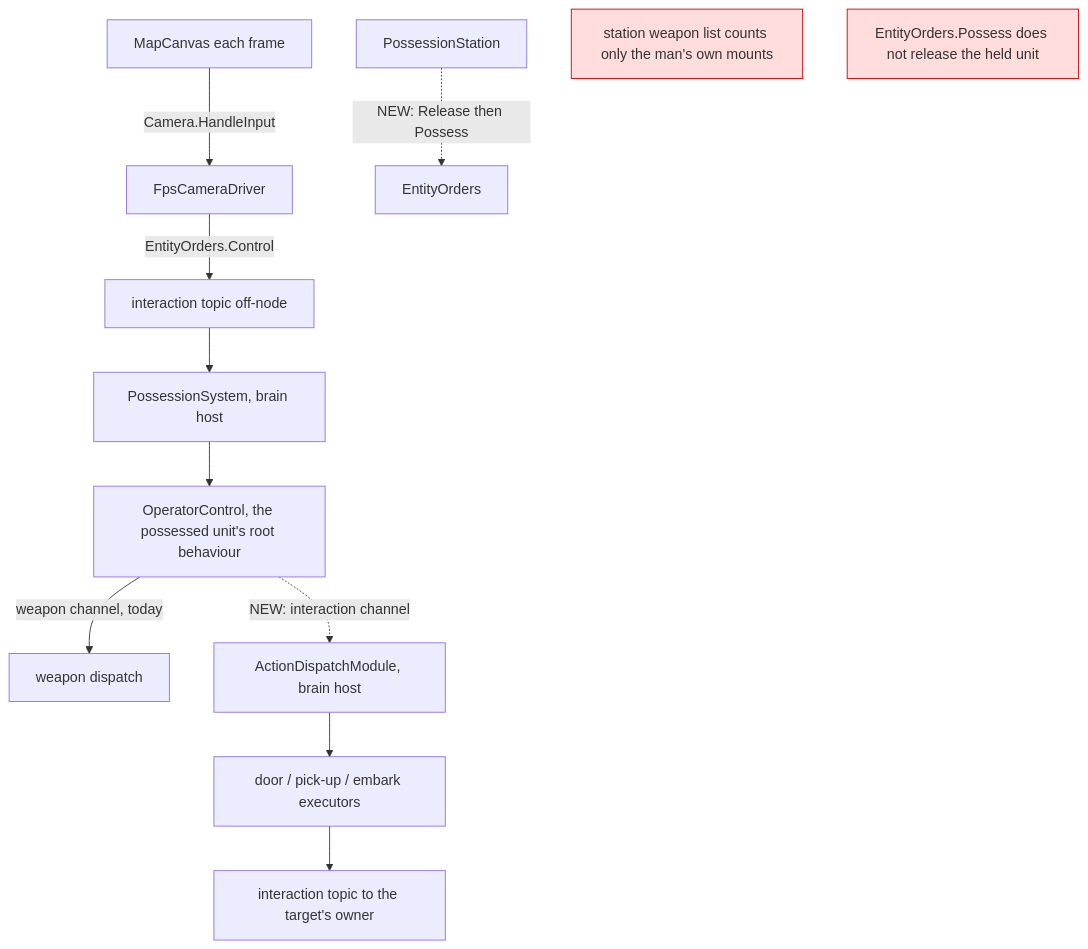
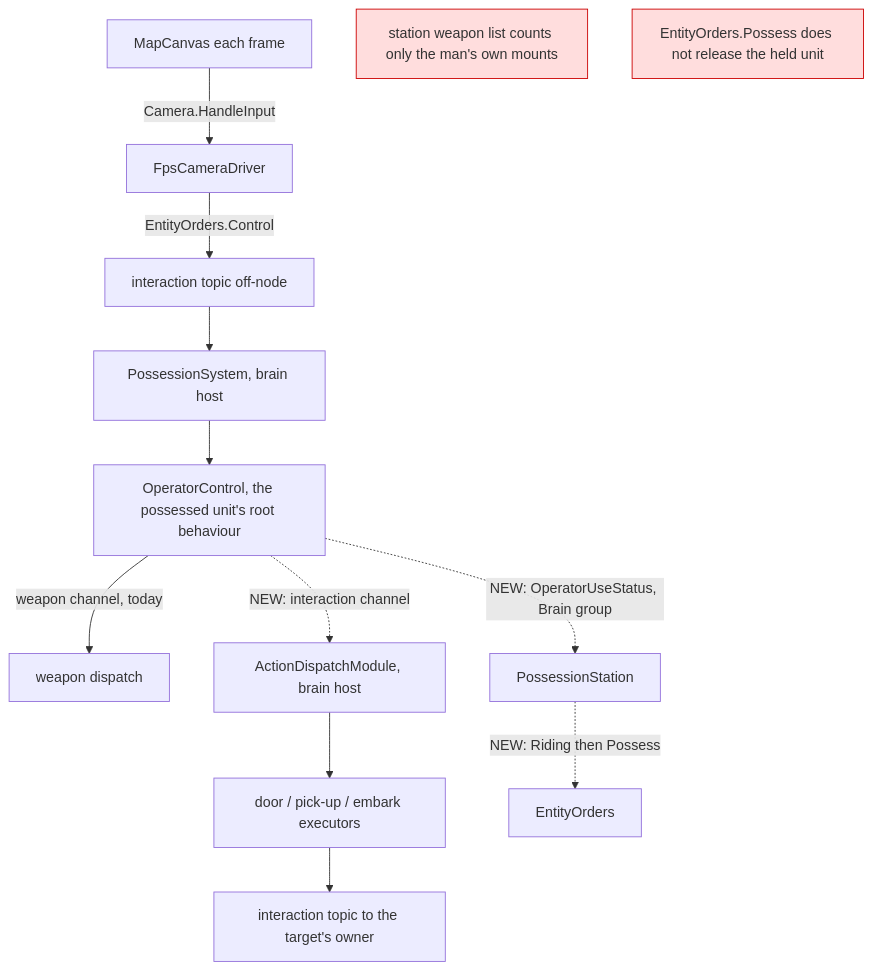
Diagram 27 of 32 in docs/DESIGN_Entity_Control.md (pjanec/HROT), drawn with Mermaid before and after one commit. The commit also changed other lines of this file and 1 other file, not shown here.

First line of the commit message:
ui: §8h use key READY TO BUILD — the brain's verdict back to the HUD (§8h.6), items CE-1151..CE-1158

````diff
--- a/docs/DESIGN_Entity_Control.md
+++ b/docs/DESIGN_Entity_Control.md
@@ -1035,15 +1046,16 @@
 ```mermaid
 graph TD
     CAN[MapCanvas each frame] -->|Camera.HandleInput| FPS[FpsCameraDriver]
     FPS -->|EntityOrders.Control| BUS[interaction topic off-node]
     BUS --> PS[PossessionSystem, brain host]
     PS --> OC[OperatorControl, the possessed unit's root behaviour]
     OC -->|weapon channel, today| WD[weapon dispatch]
     OC -.->|NEW: interaction channel| AD[ActionDispatchModule, brain host]
     AD --> EX[door / pick-up / embark executors]
     EX --> IT[interaction topic to the target's owner]
-    ST[PossessionStation] -.->|NEW: Release then Possess| EO[EntityOrders]
+    ST[PossessionStation] -.->|NEW: Riding then Possess| EO[EntityOrders]
+    OC -.->|NEW: OperatorUseStatus, Brain group| ST
     classDef dead fill:#fdd,stroke:#c00
     GAP1[station weapon list counts only the man's own mounts]:::dead
     GAP2[EntityOrders.Possess does not release the held unit]:::dead
 ```
````
